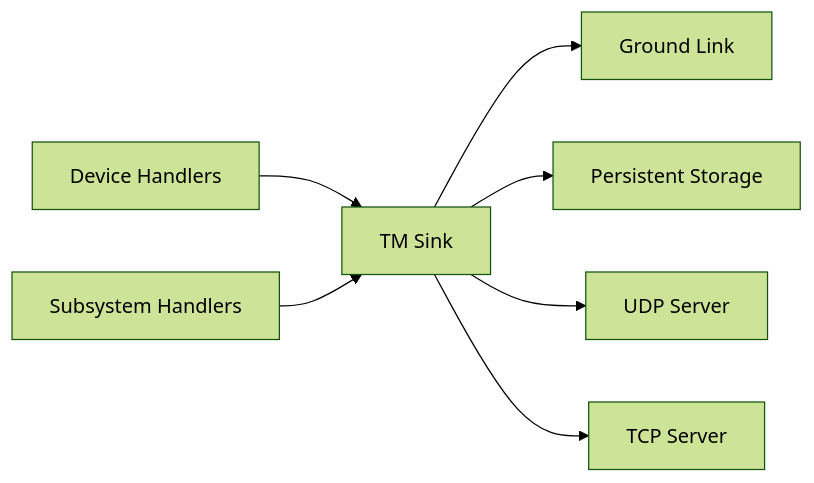
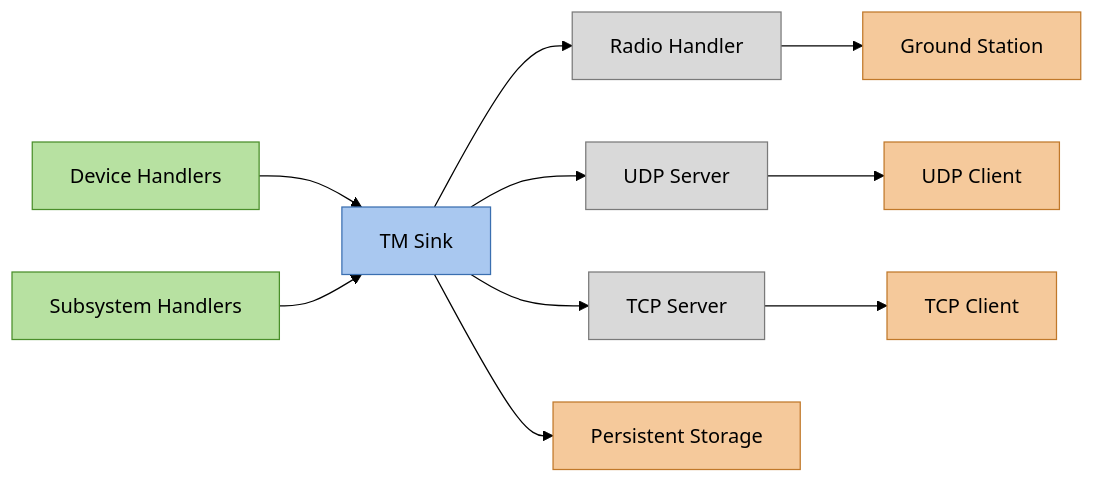
One commit to ustgt-irs/sat-rs changed the first of 2 diagrams in satrs-book/src/communication.md. Above: the diagram before and after it, drawn with Mermaid (forest theme). The commit also changed other lines of this file and 9 other files, not shown here.

````diff
--- a/satrs-book/src/communication.md
+++ b/satrs-book/src/communication.md
@@ -40,9 +42,17 @@
 ```mermaid
 flowchart LR
     Dev[Device Handlers] --> Sink[TM Sink]
     Sub[Subsystem Handlers] --> Sink
-    Sink --> Ground[Ground Link]
+    Sink --> Radio[Radio Handler] --> Station[Ground Station]
+    Sink --> Udp[UDP Server] --> UdpClient[UDP Client]
+    Sink --> Tcp[TCP Server] --> TcpClient[TCP Client]
     Sink --> Store[Persistent Storage]
-    Sink --> Udp[UDP Server]
-    Sink --> Tcp[TCP Server]
+    classDef creator fill:#b7e1a1,stroke:#4a8f2a,color:#000
+    classDef hub fill:#a9c8f0,stroke:#3a6fb0,color:#000
+    classDef transport fill:#d9d9d9,stroke:#7a7a7a,color:#000
+    classDef recipient fill:#f5c99b,stroke:#c0782a,color:#000
+    class Dev,Sub creator
+    class Sink hub
+    class Radio,Udp,Tcp transport
+    class Station,UdpClient,TcpClient,Store recipient
 ```
````
